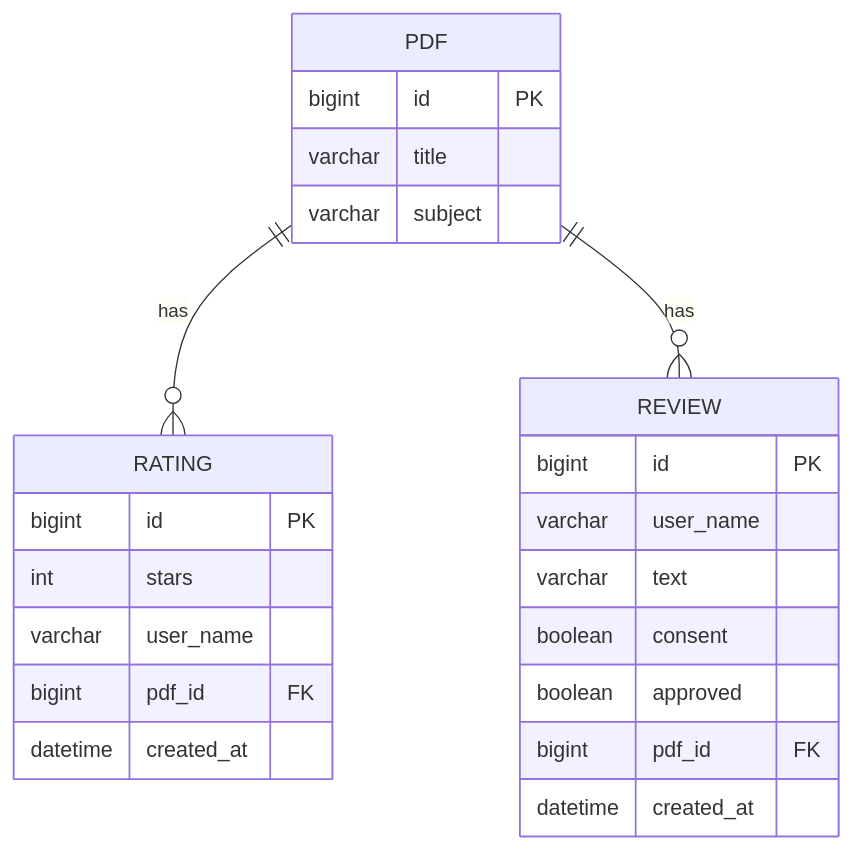
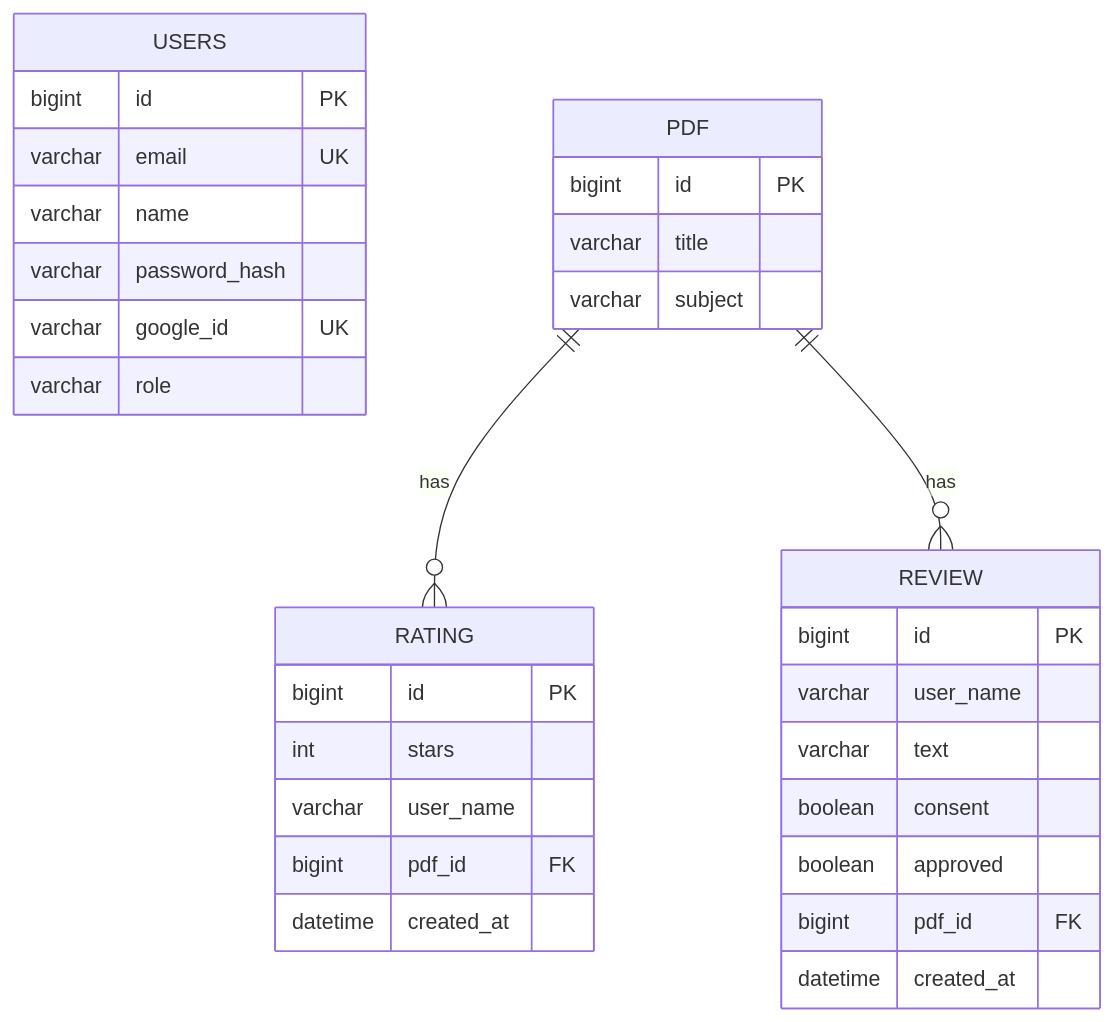
One commit to Niteeshkumarraju/crispprep-reviews-api changed the diagram in README.md. Above: the diagram before and after it, drawn with Mermaid. The commit also changed other lines of this file and 12 other files, not shown here.

First line of the commit message:
Accounts: email + password signup/login with BCrypt and JWT (Spring Security), roles, /api/me, Swagger Authorize

````diff
--- a/README.md
+++ b/README.md
@@ -26,20 +32,26 @@
 ```mermaid
 erDiagram
+    USERS { bigint id PK
+            varchar email UK
+            varchar name
+            varchar password_hash
+            varchar google_id UK
+            varchar role }
     PDF ||--o{ RATING : has
     PDF ||--o{ REVIEW : has
     PDF { bigint id PK
           varchar title
           varchar subject }
     RATING { bigint id PK
              int stars
              varchar user_name
              bigint pdf_id FK
              datetime created_at }
     REVIEW { bigint id PK
              varchar user_name
              varchar text
              boolean consent
              boolean approved
              bigint pdf_id FK
              datetime created_at }
 ```
````
